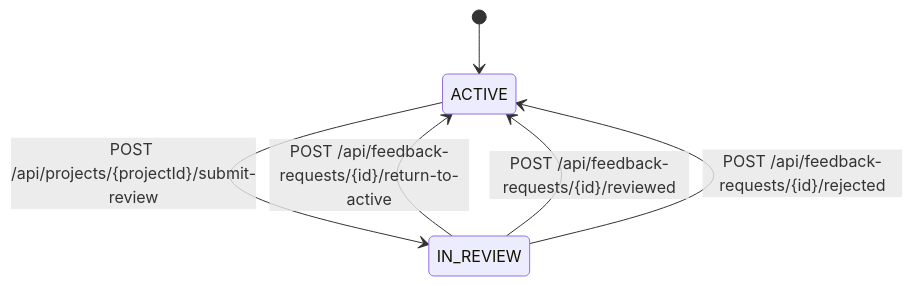
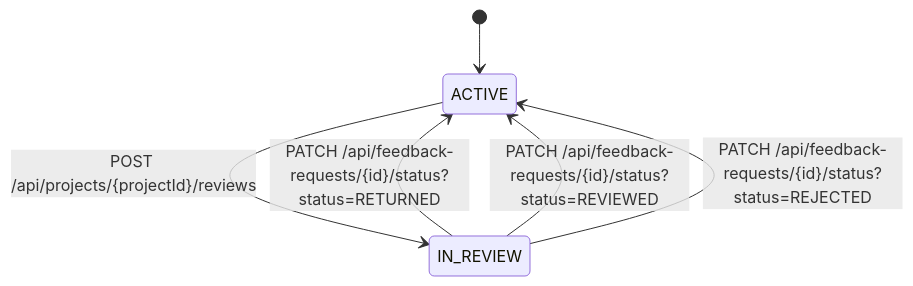
One commit to MinhKien17/SEP490_Prototype changed the ninth of 10 diagrams in README.md. Above: the diagram before and after it, drawn with Mermaid. The commit also changed other lines of this file, not shown here.

````diff
--- a/README.md
+++ b/README.md
@@ -391,8 +375,8 @@
 ```mermaid
 stateDiagram-v2
     [*] --> ACTIVE
-    ACTIVE --> IN_REVIEW: POST /api/projects/{projectId}/submit-review
-    IN_REVIEW --> ACTIVE: POST /api/feedback-requests/{id}/return-to-active
-    IN_REVIEW --> ACTIVE: POST /api/feedback-requests/{id}/reviewed
-    IN_REVIEW --> ACTIVE: POST /api/feedback-requests/{id}/rejected
+    ACTIVE --> IN_REVIEW: POST /api/projects/{projectId}/reviews
+    IN_REVIEW --> ACTIVE: PATCH /api/feedback-requests/{id}/status?status=RETURNED
+    IN_REVIEW --> ACTIVE: PATCH /api/feedback-requests/{id}/status?status=REVIEWED
+    IN_REVIEW --> ACTIVE: PATCH /api/feedback-requests/{id}/status?status=REJECTED
 ```
````
